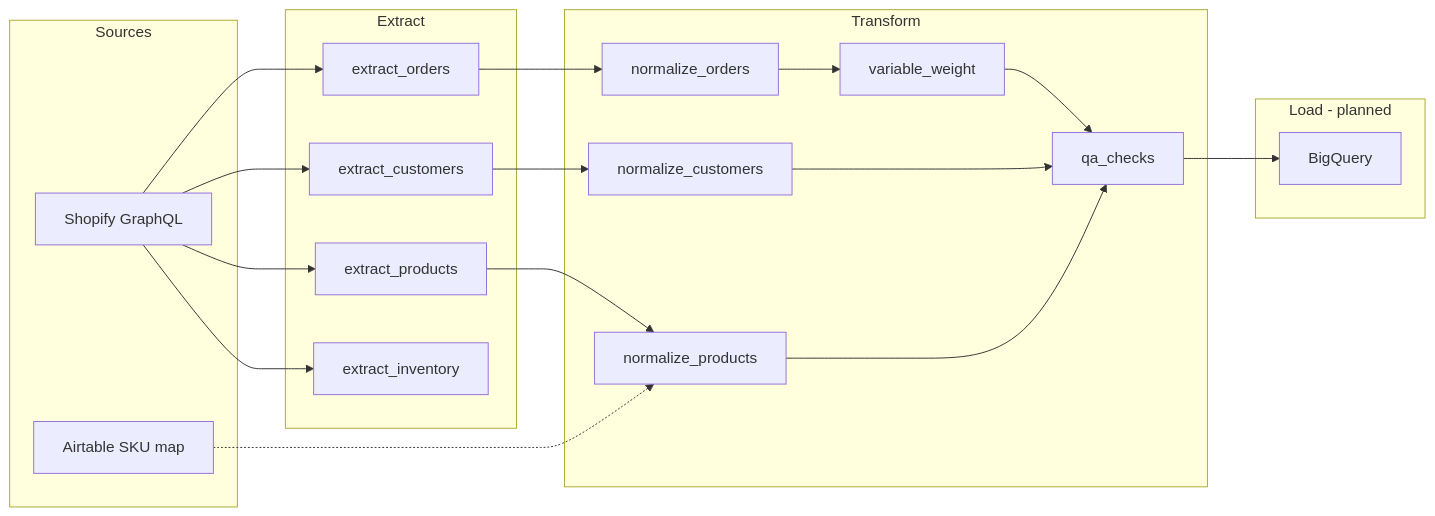
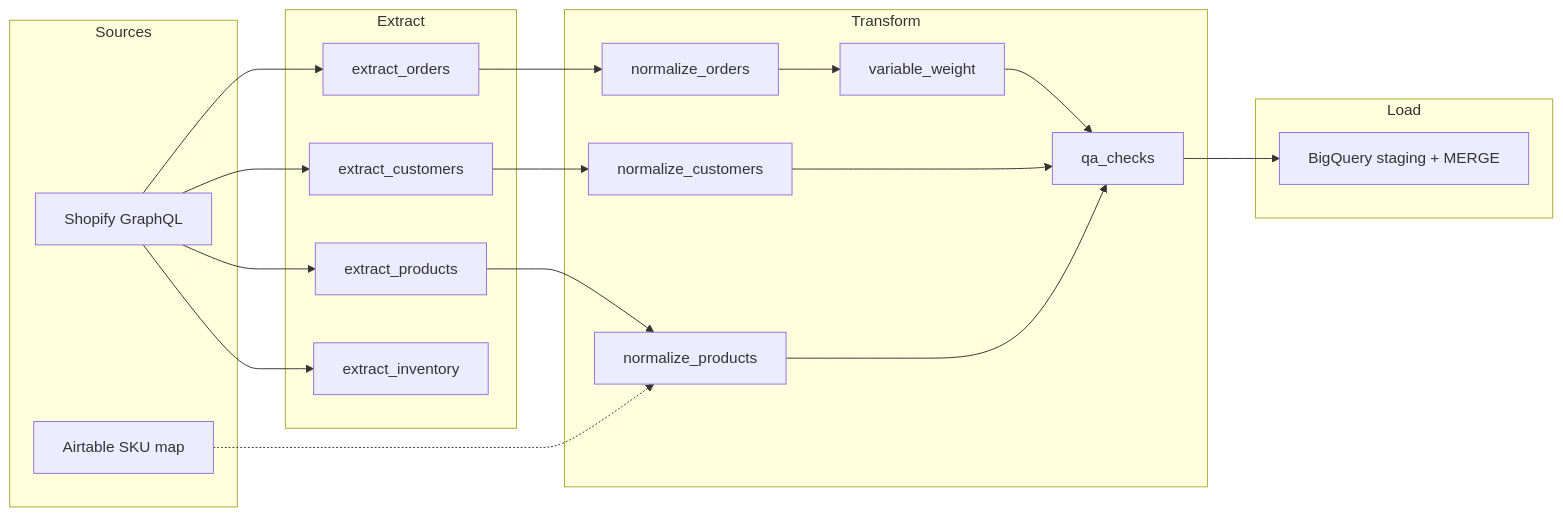
Before and after one commit to principatel-advenshure/Feller-s-Ranch-Data-Funnel: the diagram in README.md, drawn with Mermaid. The commit also changed other lines of this file, not shown here.

Commit message:
docs: update README for implemented BigQuery load and full pipeline.

````diff
--- a/README.md
+++ b/README.md
@@ -9,35 +9,35 @@
 ```mermaid
 flowchart LR
     subgraph sources [Sources]
         Shopify[Shopify GraphQL]
         Airtable[Airtable SKU map]
     end
 
     subgraph extract [Extract]
         E1[extract_orders]
         E2[extract_customers]
         E3[extract_products]
         E4[extract_inventory]
     end
 
     subgraph transform [Transform]
         T1[normalize_orders]
         T2[normalize_customers]
         T3[normalize_products]
         T4[variable_weight]
         T5[qa_checks]
     end
 
-    subgraph load [Load - planned]
-        BQ[BigQuery]
+    subgraph load [Load]
+        BQ[BigQuery staging + MERGE]
     end
 
     Shopify --> E1 & E2 & E3 & E4
     Airtable -.-> T3
     E1 --> T1
     E2 --> T2
     E3 --> T3
     T1 --> T4 --> T5
     T2 & T3 --> T5
     T5 --> BQ
 ```
````
